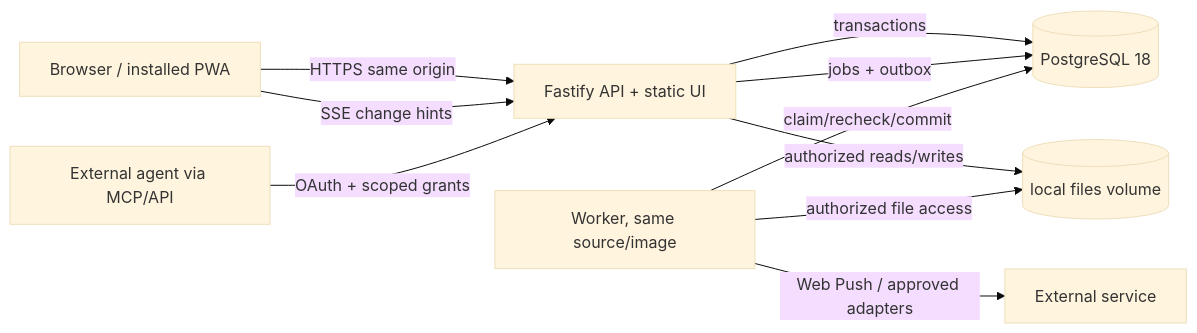
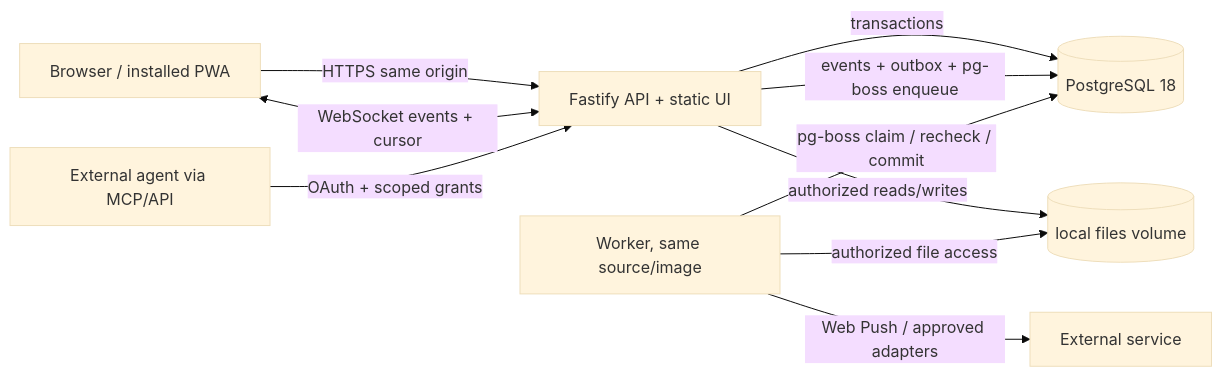
Before and after one commit to ColdPhase/flux: the diagram in docs/product/application-architecture-proposal.md, drawn with Mermaid (base theme). The commit also changed other lines of this file and 1 other file, not shown here.

Commit message:
docs: refine Flux architecture boundaries for implementation

````diff
--- a/docs/product/application-architecture-proposal.md
+++ b/docs/product/application-architecture-proposal.md
@@ -50,12 +54,12 @@
 ```mermaid
 flowchart LR
   B[Browser / installed PWA] -->|HTTPS same origin| A[Fastify API + static UI]
-  B -->|SSE change hints| A
+  B <-->|WebSocket events + cursor| A
   A -->|transactions| P[(PostgreSQL 18)]
   A -->|authorized reads/writes| F[(local files volume)]
-  A -->|jobs + outbox| P
-  W[Worker, same source/image] -->|claim/recheck/commit| P
+  A -->|events + outbox + pg-boss enqueue| P
+  W[Worker, same source/image] -->|pg-boss claim / recheck / commit| P
   W -->|authorized file access| F
   W -->|Web Push / approved adapters| X[External service]
   E[External agent via MCP/API] -->|OAuth + scoped grants| A
 ```
````
